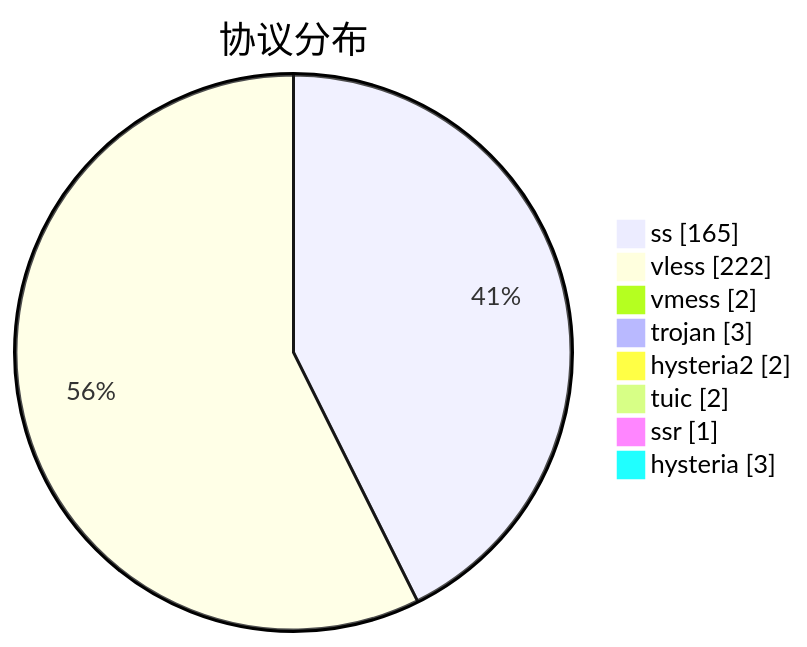
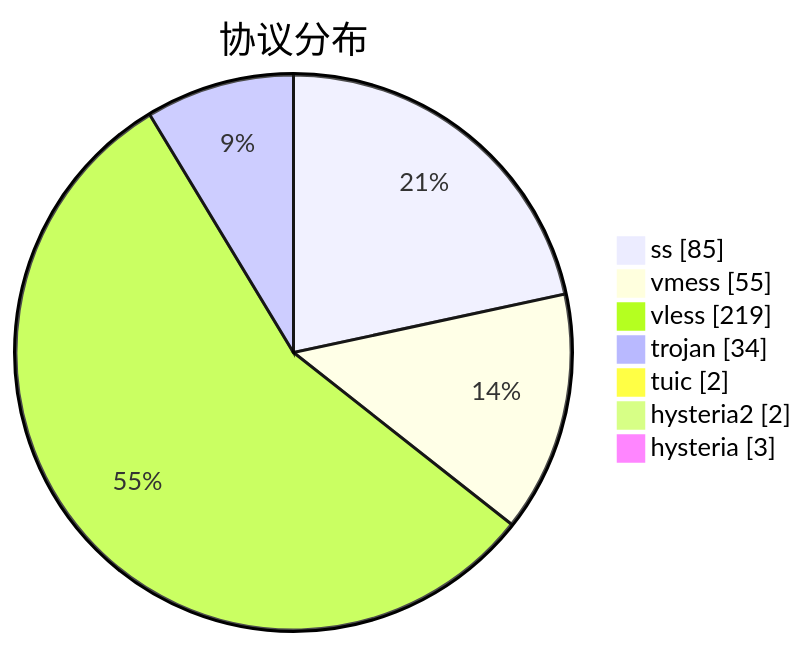
One commit to qjlxg/airport changed the third of 3 diagrams in subs/statistics/tested_within.md. Above: the diagram before and after it, drawn with Mermaid. The commit also changed other lines of this file and 2 other files, not shown here.

````diff
--- a/subs/statistics/tested_within.md
+++ b/subs/statistics/tested_within.md
@@ -38,12 +38,11 @@
 ```mermaid
 pie showData
 title 协议分布
-"ss" : 165
-"vless" : 222
-"vmess" : 2
-"trojan" : 3
+"ss" : 85
+"vmess" : 55
+"vless" : 219
+"trojan" : 34
+"tuic" : 2
 "hysteria2" : 2
-"tuic" : 2
-"ssr" : 1
 "hysteria" : 3
 ```
````
